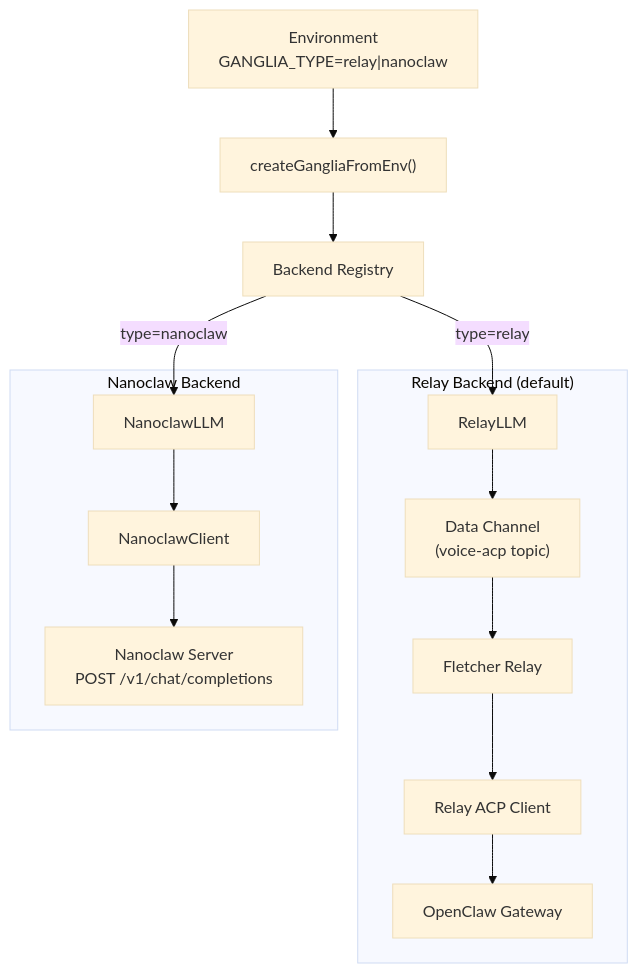
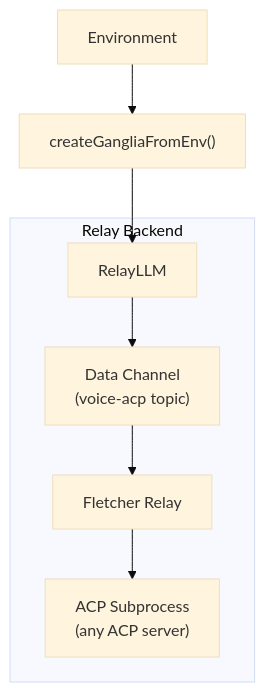
Before and after one commit to dremonkey/fletcher: the diagram in docs/architecture/brain-plugin.md, drawn with Mermaid (base theme). The commit also changed other lines of this file and 11 other files, not shown here.

First line of the commit message:
docs: bulk-update architecture docs for Epic 30 end state

````diff
--- a/docs/architecture/brain-plugin.md
+++ b/docs/architecture/brain-plugin.md
@@ -9,27 +9,15 @@
 ```mermaid
 flowchart TD
-    ENV["Environment<br/>GANGLIA_TYPE=relay|nanoclaw"]
+    ENV["Environment"]
     F["createGangliaFromEnv()"]
-    R["Backend Registry"]
 
-    subgraph "Relay Backend (default)"
+    subgraph "Relay Backend"
         RLLM["RelayLLM"]
         DC["Data Channel<br/>(voice-acp topic)"]
         RELAY["Fletcher Relay"]
-        RAC["Relay ACP Client"]
-        RGW["OpenClaw Gateway"]
+        ACP["ACP Subprocess<br/>(any ACP server)"]
     end
 
-    subgraph "Nanoclaw Backend"
-        NLLM["NanoclawLLM"]
-        NC["NanoclawClient"]
-        NW["Nanoclaw Server<br/>POST /v1/chat/completions"]
-    end
-
-    ENV --> F
-    F --> R
-    R -->|"type=relay"| RLLM
-    R -->|"type=nanoclaw"| NLLM
-    RLLM --> DC --> RELAY --> RAC --> RGW
-    NLLM --> NC --> NW
+    ENV --> F --> RLLM
+    RLLM --> DC --> RELAY --> ACP
 ```
````
